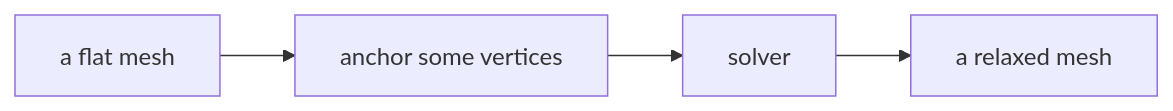
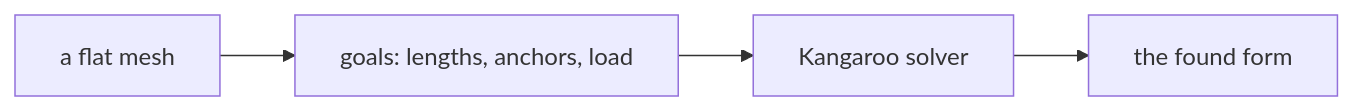
One commit to rccn-teaching/cdf changed the first of 4 diagrams in Lecture/Week_13/goals.md. Above: the diagram before and after it, drawn with Mermaid. The commit also changed other lines of this file and 23 other files, not shown here.

Commit message:
Refactor lecture materials for Weeks 13-15: update README and goals to enhance clarity and structure; adjust session objectives and commands; improve flowcharts and voting processes for better engagement and understanding.

````diff
--- a/Lecture/Week_13/goals.md
+++ b/Lecture/Week_13/goals.md
@@ -17,6 +17,8 @@
 ```mermaid
 flowchart LR
-    M["a flat mesh"] --> A["anchor some vertices"]
-    A --> S["solver"]
-    S --> R["a relaxed mesh"]
+    M0["a flat mesh"]
+    G1["goals: lengths, anchors, load"]
+    K2["Kangaroo solver"]
+    F3["the found form"]
+    M0 --> G1 --> K2 --> F3
 ```
````
